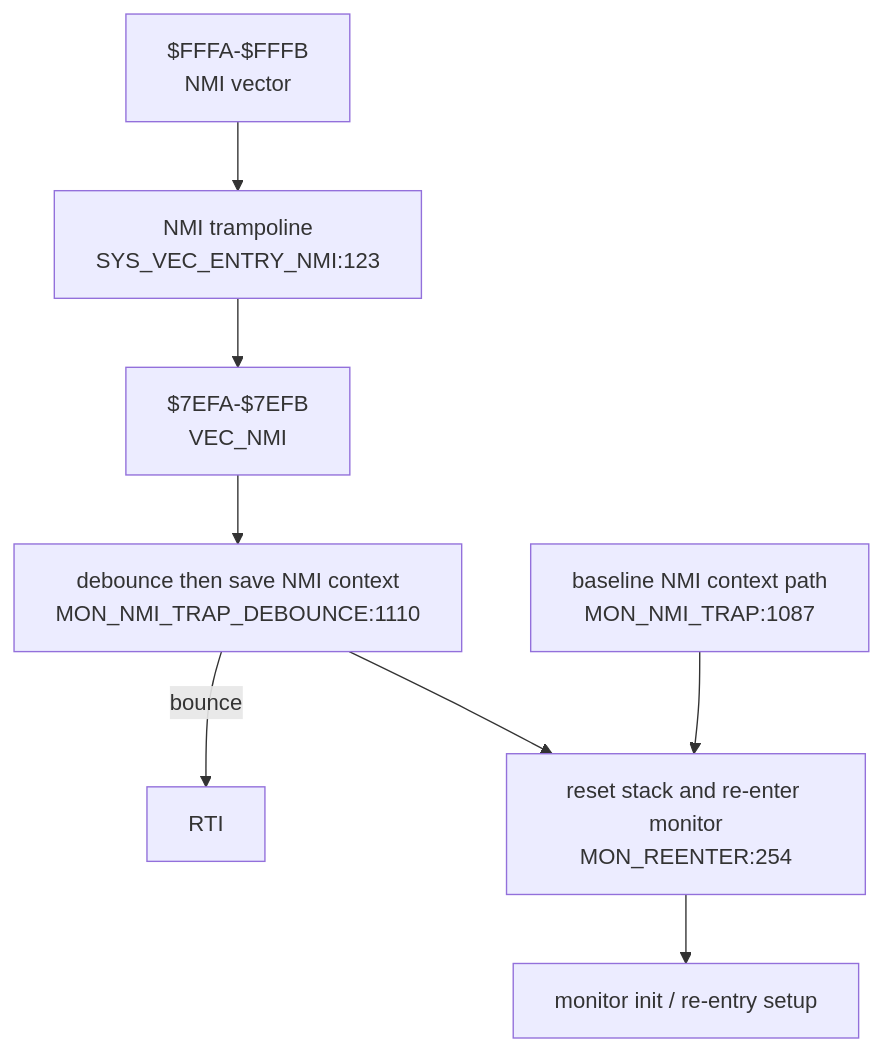
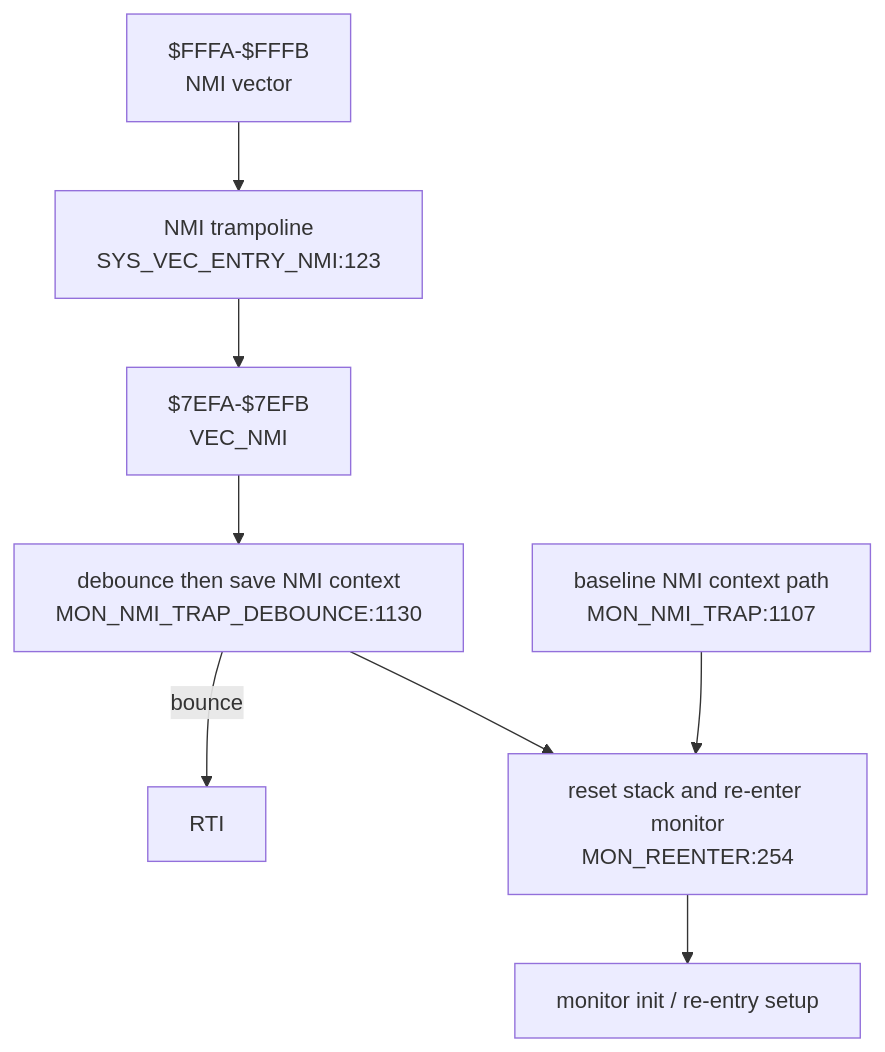
One commit to 95westus/R-YORS changed the fourth of 6 diagrams in DOC/GENERATED/INTERRUPT_VECTOR_MAP.md. Above: the diagram before and after it, drawn with Mermaid. The commit also changed other lines of this file and 85 other files, not shown here.

````diff
--- a/DOC/GENERATED/INTERRUPT_VECTOR_MAP.md
+++ b/DOC/GENERATED/INTERRUPT_VECTOR_MAP.md
@@ -62,10 +62,10 @@
 ```mermaid
 flowchart TD
     NMIV["$FFFA-$FFFB<br/>NMI vector"] --> NMIENTRY["NMI trampoline<br/>SYS_VEC_ENTRY_NMI:123"]
     NMIENTRY --> VECNMI["$7EFA-$7EFB<br/>VEC_NMI"]
-    VECNMI --> NMITRAP["debounce then save NMI context<br/>MON_NMI_TRAP_DEBOUNCE:1110"]
+    VECNMI --> NMITRAP["debounce then save NMI context<br/>MON_NMI_TRAP_DEBOUNCE:1130"]
     NMITRAP -->|bounce| RTINMI["RTI"]
     NMITRAP --> REENTER["reset stack and re-enter monitor<br/>MON_REENTER:254"]
-    NMIBASE["baseline NMI context path<br/>MON_NMI_TRAP:1087"] --> REENTER
+    NMIBASE["baseline NMI context path<br/>MON_NMI_TRAP:1107"] --> REENTER
     REENTER --> INIT["monitor init / re-entry setup"]
 ```
````
